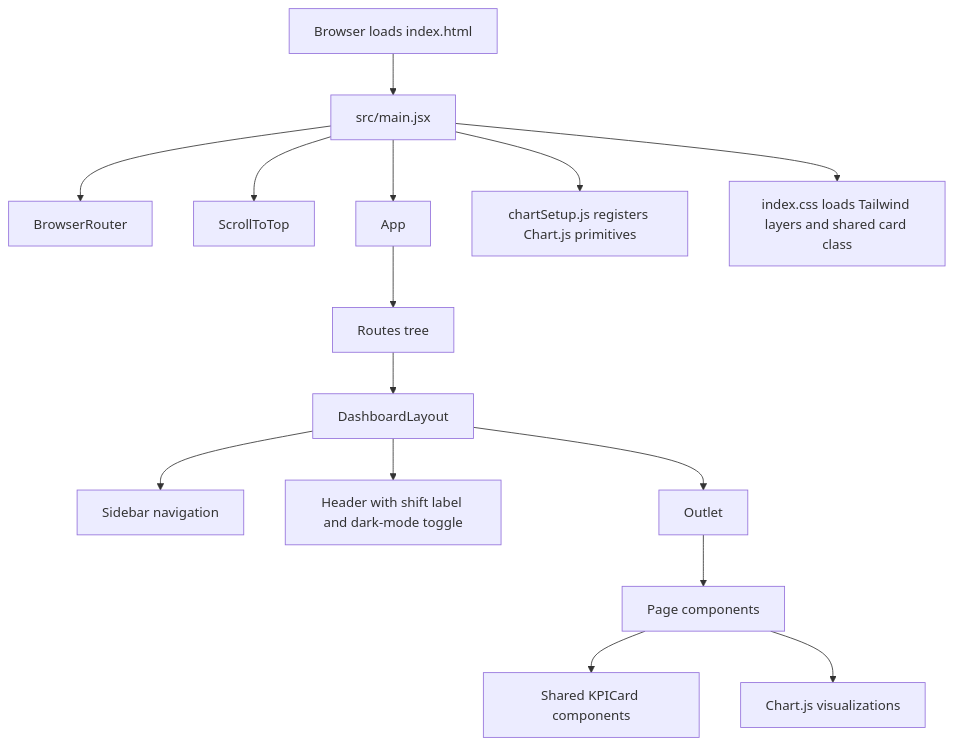
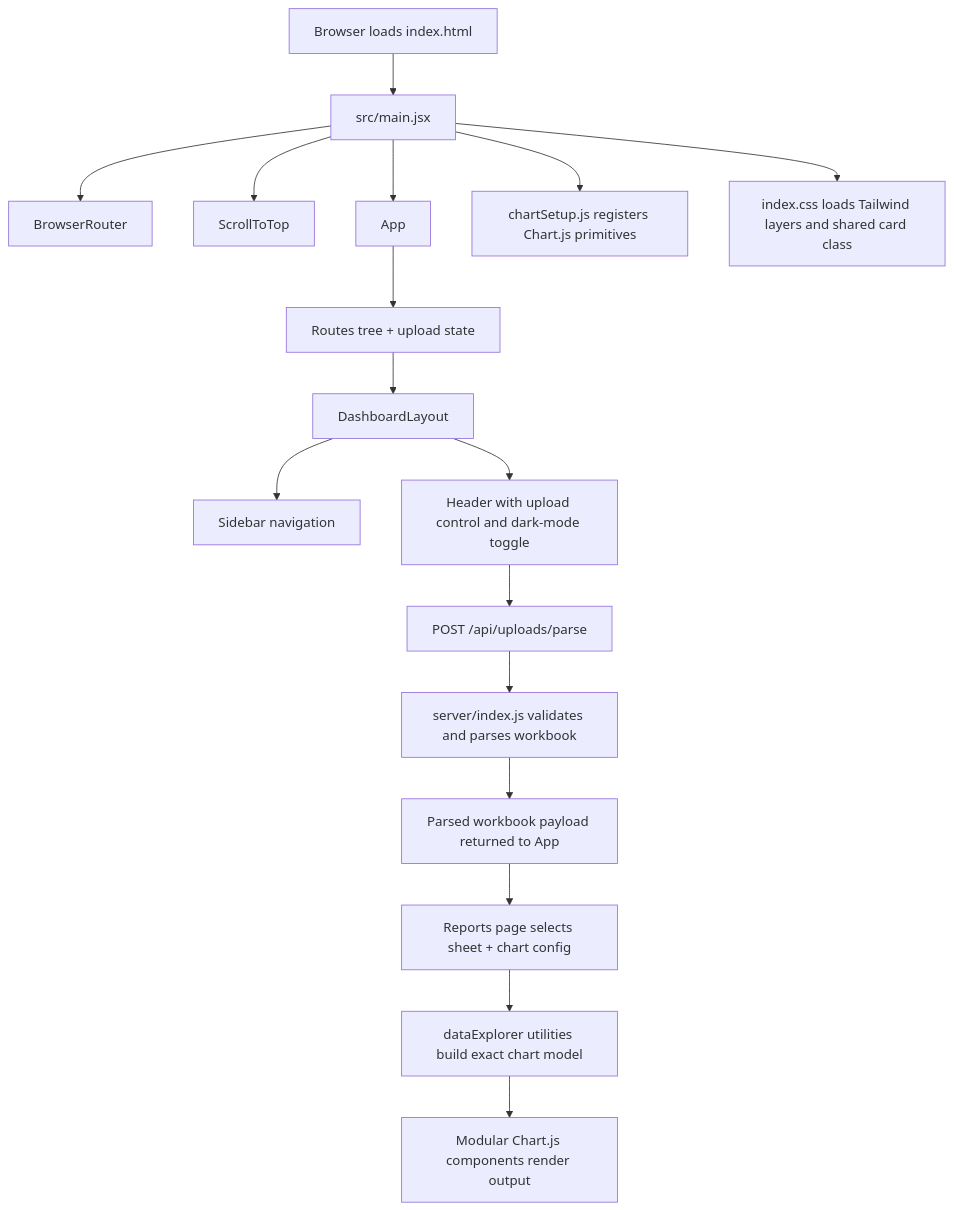
One commit to priyansupattanaik/FactoryOS changed the first of 4 diagrams in PROJECT_DOCUMENTATION.md. Above: the diagram before and after it, drawn with Mermaid. The commit also changed other lines of this file and 28 other files, not shown here.

````diff
--- a/PROJECT_DOCUMENTATION.md
+++ b/PROJECT_DOCUMENTATION.md
@@ -49,17 +64,19 @@
 ```mermaid
 flowchart TD
     A["Browser loads index.html"] --> B["src/main.jsx"]
     B --> C["BrowserRouter"]
     B --> D["ScrollToTop"]
     B --> E["App"]
     B --> F["chartSetup.js registers Chart.js primitives"]
     B --> G["index.css loads Tailwind layers and shared card class"]
-    E --> H["Routes tree"]
+    E --> H["Routes tree + upload state"]
     H --> I["DashboardLayout"]
     I --> J["Sidebar navigation"]
-    I --> K["Header with shift label and dark-mode toggle"]
-    I --> L["Outlet"]
-    L --> M["Page components"]
-    M --> N["Shared KPICard components"]
-    M --> O["Chart.js visualizations"]
+    I --> K["Header with upload control and dark-mode toggle"]
+    K --> L["POST /api/uploads/parse"]
+    L --> M["server/index.js validates and parses workbook"]
+    M --> N["Parsed workbook payload returned to App"]
+    N --> O["Reports page selects sheet + chart config"]
+    O --> P["dataExplorer utilities build exact chart model"]
+    P --> Q["Modular Chart.js components render output"]
 ```
````
